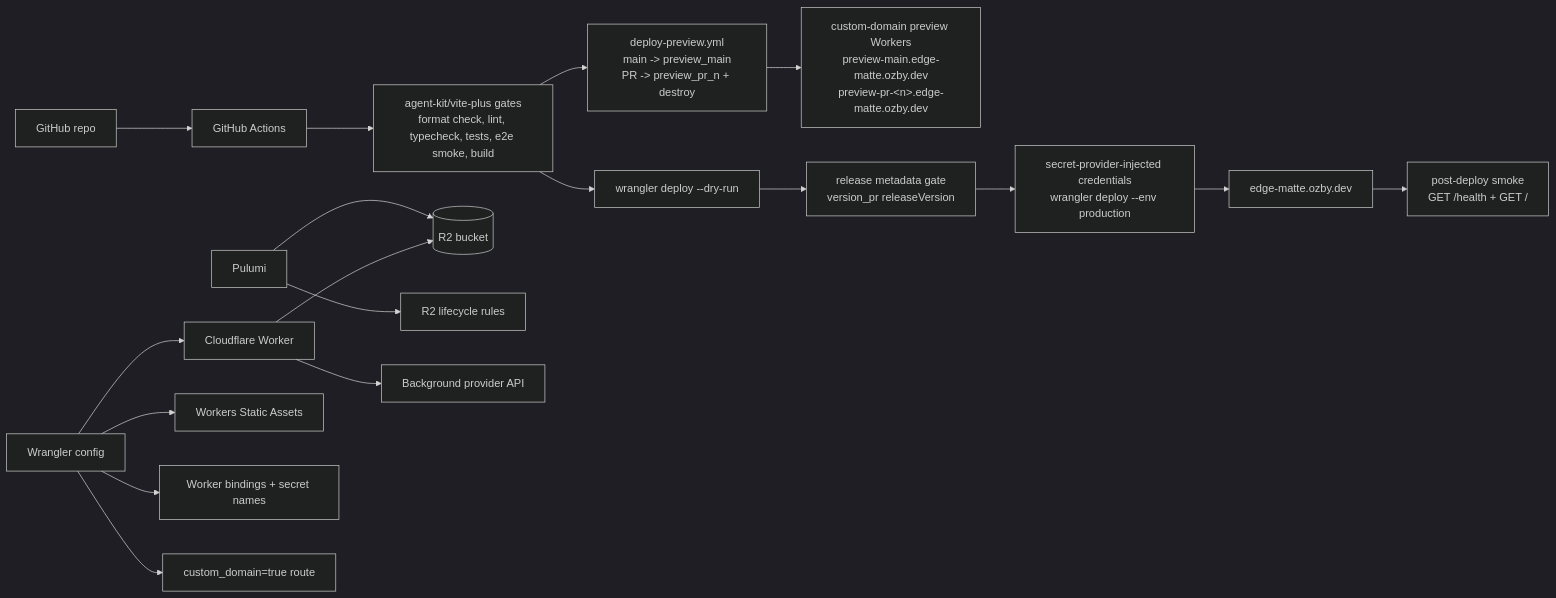
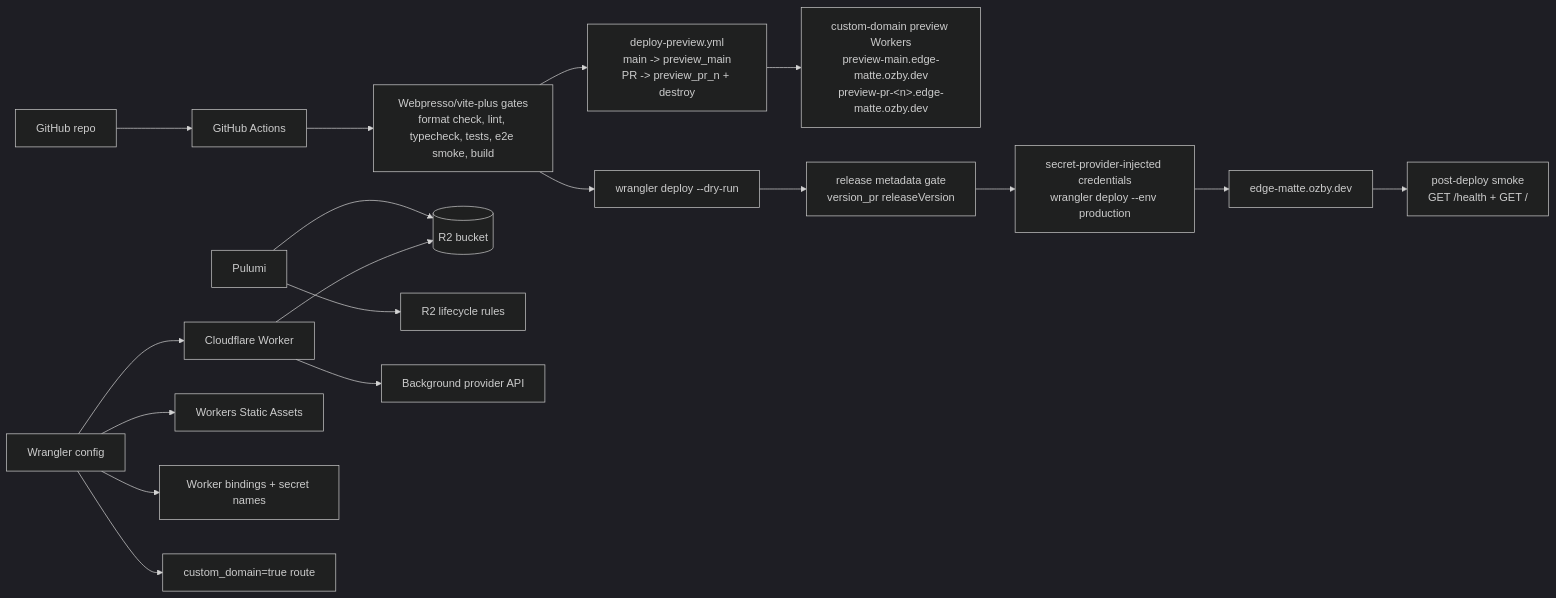
One commit to ozby/edge-matte changed the ninth of 10 diagrams in docs/architecture.md. Above: the diagram before and after it, drawn with Mermaid (dark theme). The commit also changed other lines of this file and 12 other files, not shown here.

Commit message:
chore: replace agent-kit with the Webpresso app across docs, e2e and tests (#73)

````diff
--- a/docs/architecture.md
+++ b/docs/architecture.md
@@ -310,23 +310,23 @@
 ```mermaid
 flowchart LR
     GH[GitHub repo] --> CI[GitHub Actions]
-    CI --> CHECKS[agent-kit/vite-plus gates<br/>format check, lint, typecheck, tests, e2e smoke, build]
+    CI --> CHECKS[Webpresso/vite-plus gates<br/>format check, lint, typecheck, tests, e2e smoke, build]
     CHECKS --> DRY[wrangler deploy --dry-run]
     CHECKS --> PREVIEW[deploy-preview.yml<br/>main -> preview_main<br/>PR -> preview_pr_n + destroy]
     PREVIEW --> PREVIEWDOMAINS[custom-domain preview Workers<br/>preview-main.edge-matte.ozby.dev<br/>preview-pr-&lt;n&gt;.edge-matte.ozby.dev]
     DRY --> RELEASE[release metadata gate<br/>version_pr releaseVersion]
     RELEASE --> DEPLOY[secret-provider-injected credentials<br/>wrangler deploy --env production]
     DEPLOY --> URL[edge-matte.ozby.dev]
     URL --> SMOKE[post-deploy smoke<br/>GET /health + GET /]
 
     PULUMI[Pulumi] --> R2[(R2 bucket)]
     PULUMI --> LIFE[R2 lifecycle rules]
 
     WRANGLER[Wrangler config] --> WORKER[Cloudflare Worker]
     WRANGLER --> ASSETS[Workers Static Assets]
     WRANGLER --> BINDINGS[Worker bindings + secret names]
     WRANGLER --> ROUTES[custom_domain=true route]
 
     WORKER --> R2
     WORKER --> PROVIDER[Background provider API]
 ```
````
